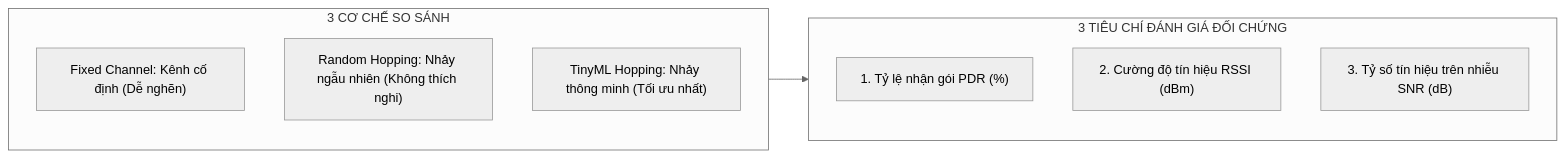
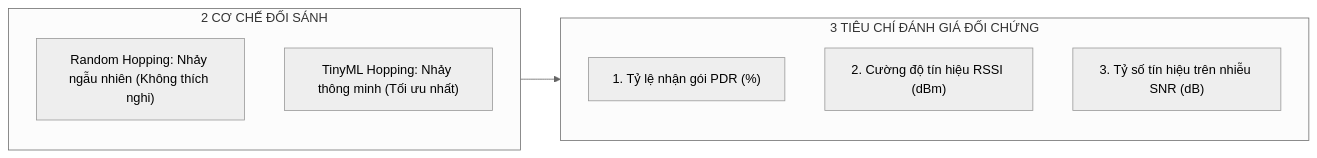
One commit to Brauuwu/LoRa_TinyML_Hopping changed the third of 3 diagrams in docs/PIPELINE_THUC_HIEN_DU_AN.md. Above: the diagram before and after it, drawn with Mermaid (neutral theme). The commit also changed other lines of this file and 39 other files, not shown here.

````diff
--- a/docs/PIPELINE_THUC_HIEN_DU_AN.md
+++ b/docs/PIPELINE_THUC_HIEN_DU_AN.md
@@ -239,16 +239,15 @@
 ```mermaid
 graph LR
     subgraph CRITERIA [3 TIÊU CHÍ ĐÁNH GIÁ ĐỐI CHỨNG]
         C1["1. Tỷ lệ nhận gói PDR (%)"]
         C2["2. Cường độ tín hiệu RSSI (dBm)"]
         C3["3. Tỷ số tín hiệu trên nhiễu SNR (dB)"]
     end
 
-    subgraph MECHANISMS [3 CƠ CHẾ SO SÁNH]
-        M_FIX["Fixed Channel: Kênh cố định (Dễ nghẽn)"]
+    subgraph MECHANISMS [2 CƠ CHẾ ĐỐI SÁNH]
         M_RND["Random Hopping: Nhảy ngẫu nhiên (Không thích nghi)"]
         M_TML["TinyML Hopping: Nhảy thông minh (Tối ưu nhất)"]
     end
 
     MECHANISMS --> CRITERIA
 ```
````
